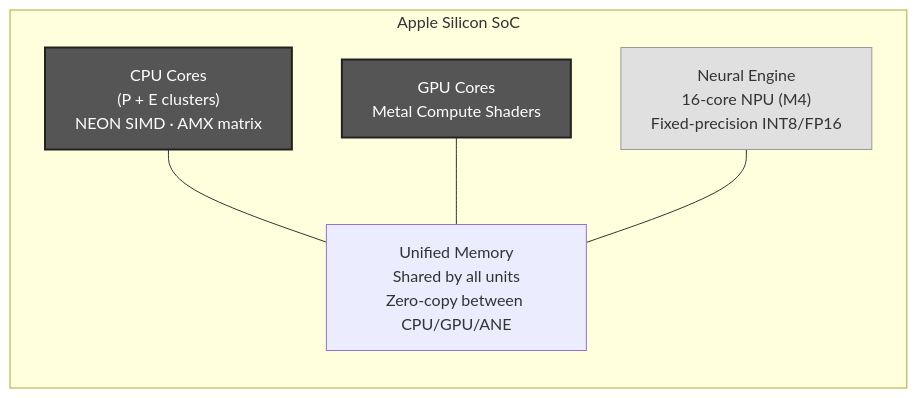
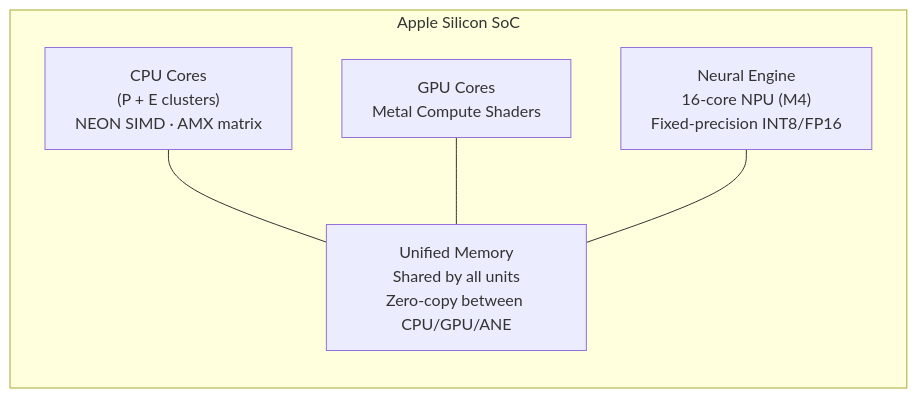
Before and after one commit to Fulton-Engineering-Services/bge-m3-embedding-server: the first of 2 diagrams in docs/coreml-ep.md, drawn with Mermaid. The commit also changed other lines of this file and 117 other files, not shown here.

````diff
--- a/docs/coreml-ep.md
+++ b/docs/coreml-ep.md
@@ -16,19 +16,13 @@
 ```mermaid
 graph LR
     subgraph "Apple Silicon SoC"
         CPU["CPU Cores<br/>(P + E clusters)<br/>NEON SIMD · AMX matrix"]
         GPU["GPU Cores<br/>Metal Compute Shaders"]
         ANE["Neural Engine<br/>16-core NPU (M4)<br/>Fixed-precision INT8/FP16"]
         UMA["Unified Memory<br/>Shared by all units<br/>Zero-copy between CPU/GPU/ANE"]
     end
 
     CPU --- UMA
     GPU --- UMA
     ANE --- UMA
-
-    classDef active fill:#555,stroke:#222,stroke-width:2px,color:#fff
-    classDef idle fill:#e0e0e0,stroke:#999,stroke-width:1px
-
-    class CPU,GPU active
-    class ANE idle
 ```
````
